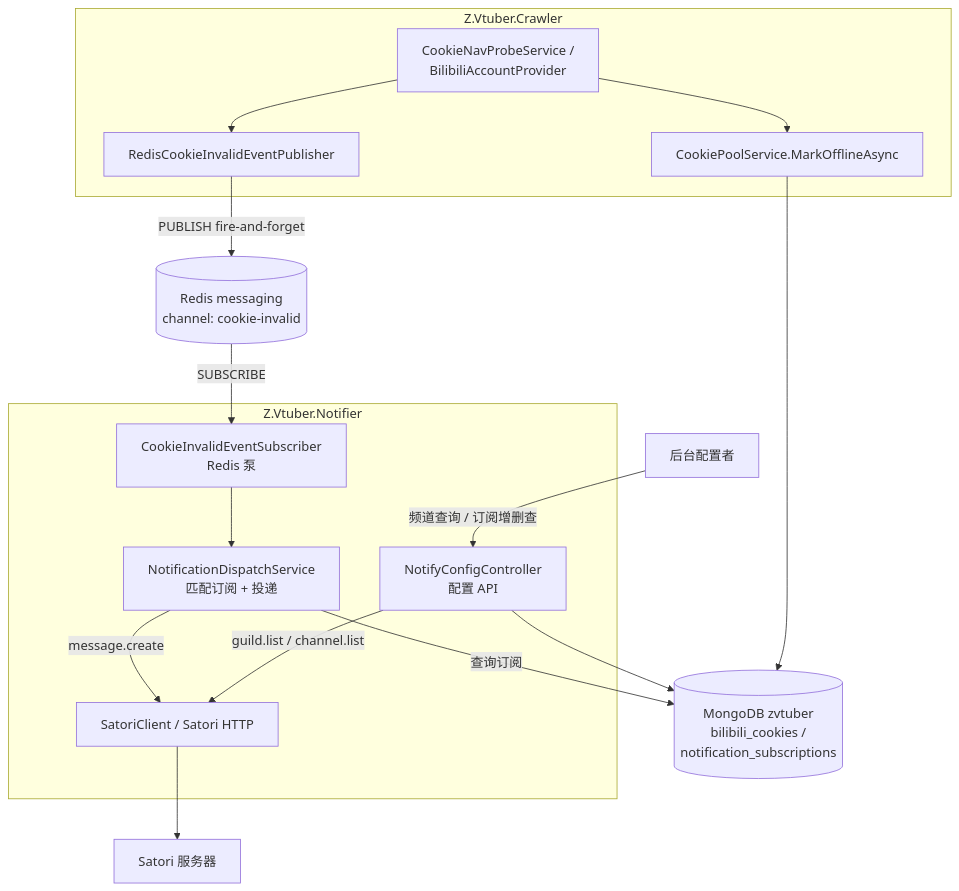
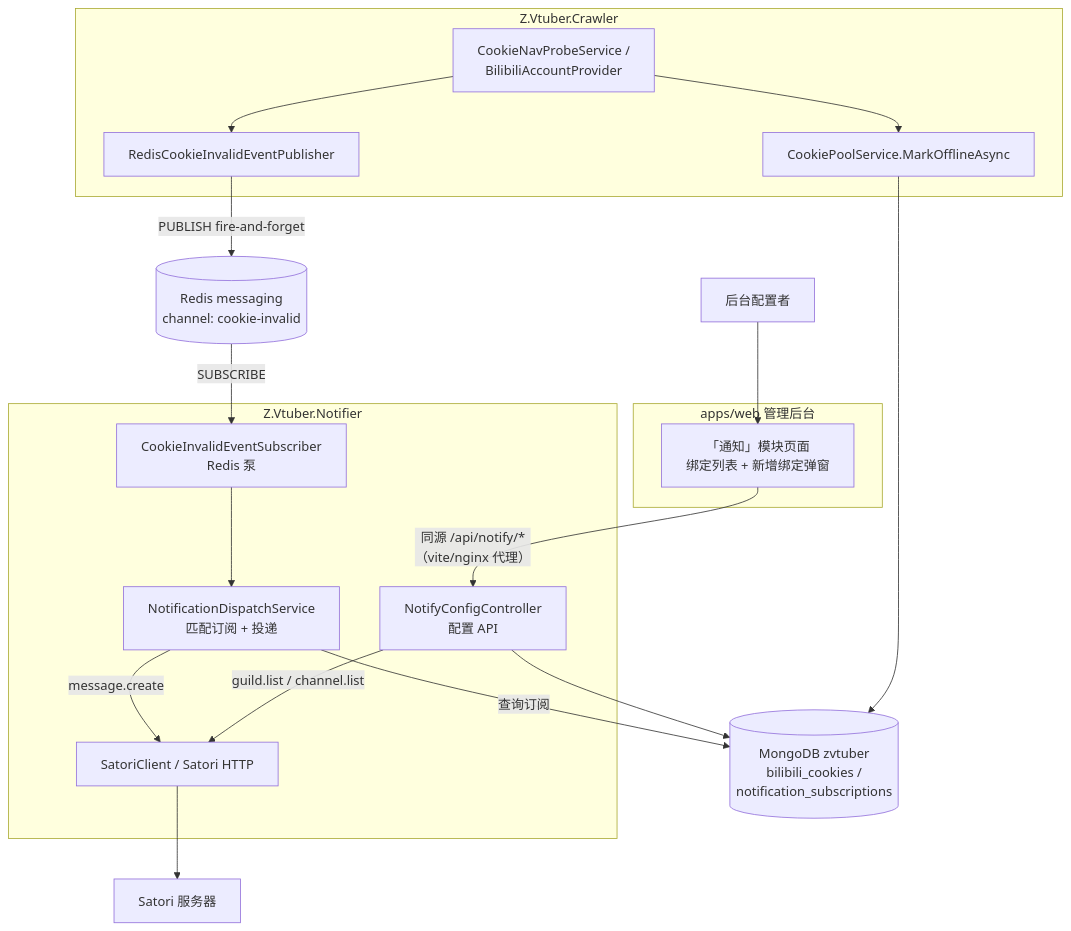
The first of 2 diagrams in docs/engineering/proposals/20260904-proposal-cookie-invalid-notification.md (Deliay/z-vtuber), drawn with Mermaid before and after one commit. The commit also changed other lines of this file and 1 other file, not shown here.

````diff
--- a/docs/engineering/proposals/20260904-proposal-cookie-invalid-notification.md
+++ b/docs/engineering/proposals/20260904-proposal-cookie-invalid-notification.md
@@ -43,27 +44,31 @@
 ```mermaid
 graph TD
     subgraph crawler [Z.Vtuber.Crawler]
         PROBE[CookieNavProbeService /<br/>BilibiliAccountProvider]
         POOL[CookiePoolService.MarkOfflineAsync]
         PUB[RedisCookieInvalidEventPublisher]
     end
     MONGO[(MongoDB zvtuber<br/>bilibili_cookies /<br/>notification_subscriptions)]
     REDIS[(Redis messaging<br/>channel: cookie-invalid)]
     subgraph notifier [Z.Vtuber.Notifier]
         SUB[CookieInvalidEventSubscriber<br/>Redis 泵]
         CFG[NotifyConfigController<br/>配置 API]
         SVC[NotificationDispatchService<br/>匹配订阅 + 投递]
         SCLIENT[SatoriClient / Satori HTTP]
     end
     SATORI[Satori 服务器]
     OPS[后台配置者]
+    subgraph web [apps/web 管理后台]
+        NP[「通知」模块页面<br/>绑定列表 + 新增绑定弹窗]
+    end
 
     PROBE --> POOL --> MONGO
     PROBE --> PUB -->|PUBLISH fire-and-forget| REDIS
     REDIS -->|SUBSCRIBE| SUB --> SVC
     SVC -->|查询订阅| MONGO
     SVC -->|message.create| SCLIENT --> SATORI
-    OPS -->|频道查询 / 订阅增删查| CFG
+    OPS --> NP
+    NP -->|同源 /api/notify/*<br/>（vite/nginx 代理）| CFG
     CFG -->|guild.list / channel.list| SCLIENT
     CFG --> MONGO
 ```
````
